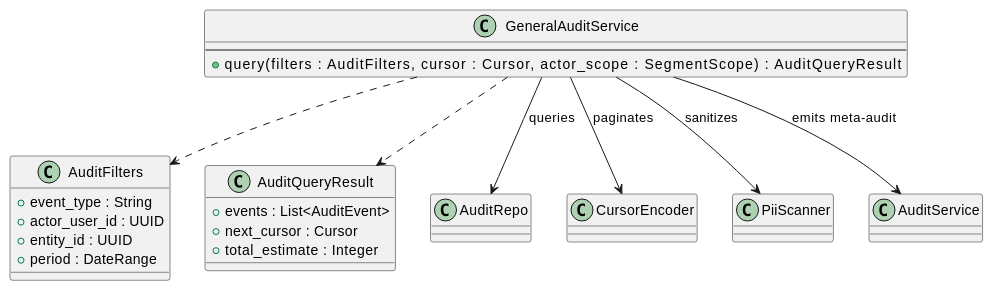
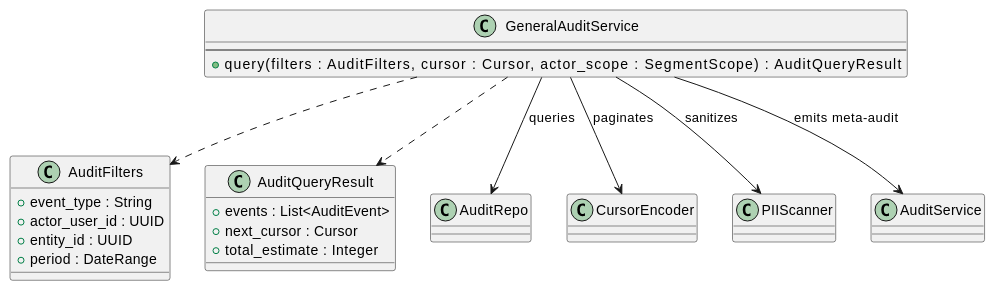
Before and after one commit to jcg-admin/IACT-docs: the diagram in source/arquitectura-tecnica/domain-model/general-audit-service.rst, drawn with PlantUML. The commit also changed other lines of this file and 6 other files, not shown here.

```diff
--- a/source/arquitectura-tecnica/domain-model/general-audit-service.rst
+++ b/source/arquitectura-tecnica/domain-model/general-audit-service.rst
@@ -32,39 +32,39 @@
 .. uml::
  :caption: GeneralAuditService — consulta general del audit
            log con paginacion cursor y sanitizacion PII.
 
  @startuml
 
  class GeneralAuditService {
    --
    + query(filters : AuditFilters, \
             cursor : Cursor, \
             actor_scope : SegmentScope) : AuditQueryResult
  }
 
  class AuditFilters {
    + event_type : String
    + actor_user_id : UUID
    + entity_id : UUID
    + period : DateRange
  }
 
  class AuditQueryResult {
    + events : List<AuditEvent>
    + next_cursor : Cursor
    + total_estimate : Integer
  }
 
  class AuditRepo
  class CursorEncoder
- class PiiScanner
+ class PIIScanner
  class AuditService
 
  GeneralAuditService --> AuditRepo : queries
  GeneralAuditService --> CursorEncoder : paginates
- GeneralAuditService --> PiiScanner : sanitizes
+ GeneralAuditService --> PIIScanner : sanitizes
  GeneralAuditService --> AuditService : emits meta-audit
  GeneralAuditService ..> AuditFilters
  GeneralAuditService ..> AuditQueryResult
 
  @enduml
```
